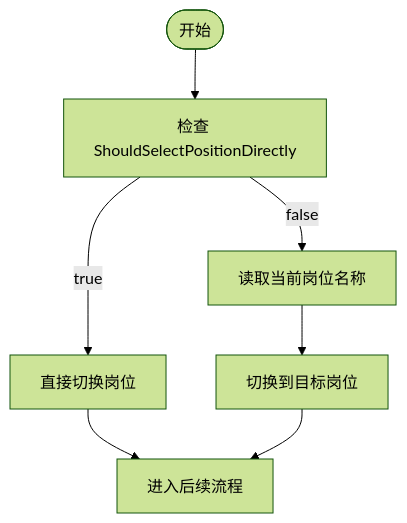
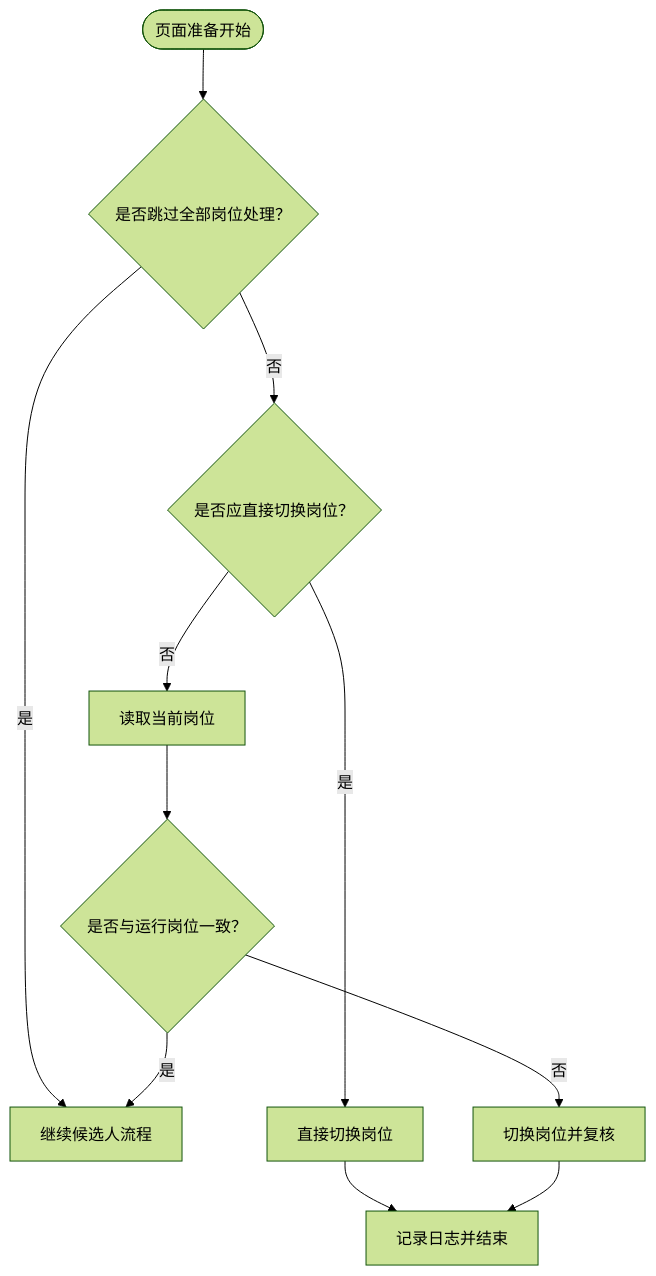
One commit to alvinwangzi/goodhr changed the fourth of 6 diagrams in .qoder/repowiki/zh/content/本地执行器/平台适配器/前程无忧适配器/运行时配置.md. Above: the diagram before and after it, drawn with Mermaid (forest theme). The commit also changed other lines of this file and 149 other files, not shown here.

````diff
--- a/.qoder/repowiki/zh/content/本地执行器/平台适配器/前程无忧适配器/运行时配置.md
+++ b/.qoder/repowiki/zh/content/本地执行器/平台适配器/前程无忧适配器/运行时配置.md
@@ -115,9 +192,13 @@
 ```mermaid
 flowchart TD
-Start(["开始"]) --> CheckSel["检查 ShouldSelectPositionDirectly"]
-CheckSel --> |true| Direct["直接切换岗位"]
-CheckSel --> |false| ReadCur["读取当前岗位名称"]
-ReadCur --> Switch["切换到目标岗位"]
-Direct --> Next["进入后续流程"]
-Switch --> Next
+Start(["页面准备开始"]) --> CheckSkip{"是否跳过全部岗位处理？"}
+CheckSkip --> |是| Continue["继续候选人流程"]
+CheckSkip --> |否| CheckDirect{"是否应直接切换岗位？"}
+CheckDirect --> |是| DoSelect["直接切换岗位"]
+DoSelect --> Confirm["记录日志并结束"]
+CheckDirect --> |否| ReadCurrent["读取当前岗位"]
+ReadCurrent --> Compare{"是否与运行岗位一致？"}
+Compare --> |是| Continue
+Compare --> |否| Switch["切换岗位并复核"]
+Switch --> Confirm
 ```
````
